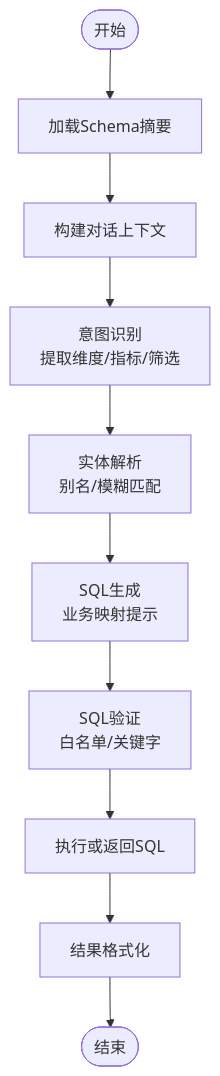
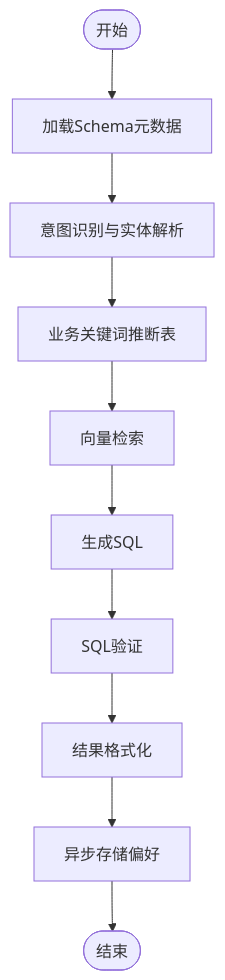
The third of 8 diagrams in NL2SQL/.qoder/repowiki/zh/content/系统架构/数据流设计.md (HanHuiOnLine/724-office), drawn with Mermaid before and after one commit. The commit also changed other lines of this file and 170 other files, not shown here.

````diff
--- a/NL2SQL/.qoder/repowiki/zh/content/系统架构/数据流设计.md
+++ b/NL2SQL/.qoder/repowiki/zh/content/系统架构/数据流设计.md
@@ -180,12 +187,12 @@
 ```mermaid
 flowchart TD
-Start(["开始"]) --> LoadSchema["加载Schema摘要"]
-LoadSchema --> BuildContext["构建对话上下文"]
-BuildContext --> ExtractIntent["意图识别<br/>提取维度/指标/筛选"]
-ExtractIntent --> ResolveEntity["实体解析<br/>别名/模糊匹配"]
-ResolveEntity --> GenerateSQL["SQL生成<br/>业务映射提示"]
-GenerateSQL --> ValidateSQL["SQL验证<br/>白名单/关键字"]
-ValidateSQL --> ExecOrDry["执行或返回SQL"]
-ExecOrDry --> FormatResult["结果格式化"]
-FormatResult --> End(["结束"])
+Start(["开始"]) --> LoadSchema["加载Schema元数据"]
+LoadSchema --> Intent["意图识别与实体解析"]
+Intent --> InferTables["业务关键词推断表"]
+InferTables --> VectorSearch["向量检索"]
+VectorSearch --> GenerateSQL["生成SQL"]
+GenerateSQL --> ValidateSQL["SQL验证"]
+ValidateSQL --> FormatResult["结果格式化"]
+FormatResult --> StoreMemory["异步存储偏好"]
+StoreMemory --> End(["结束"])
 ```
````
